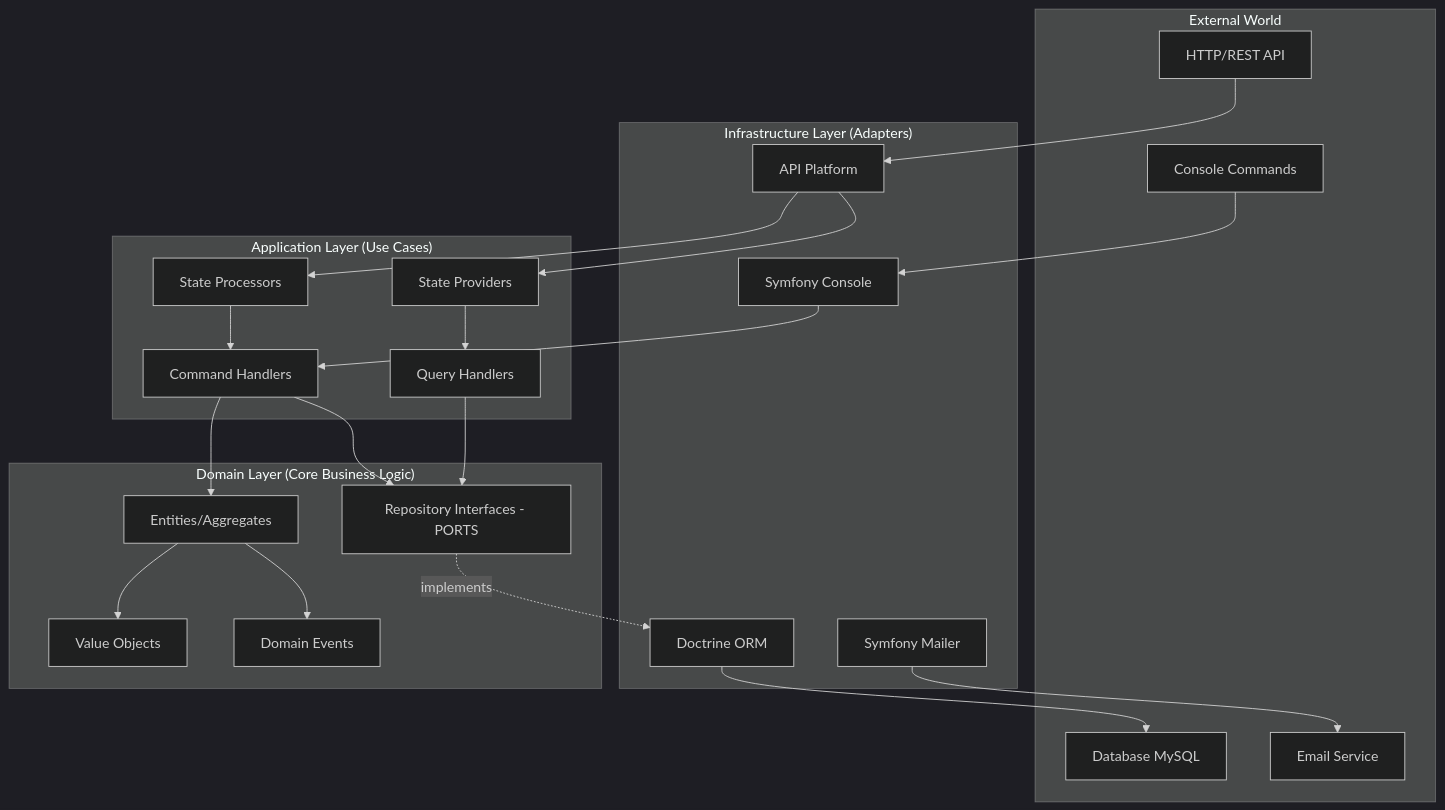
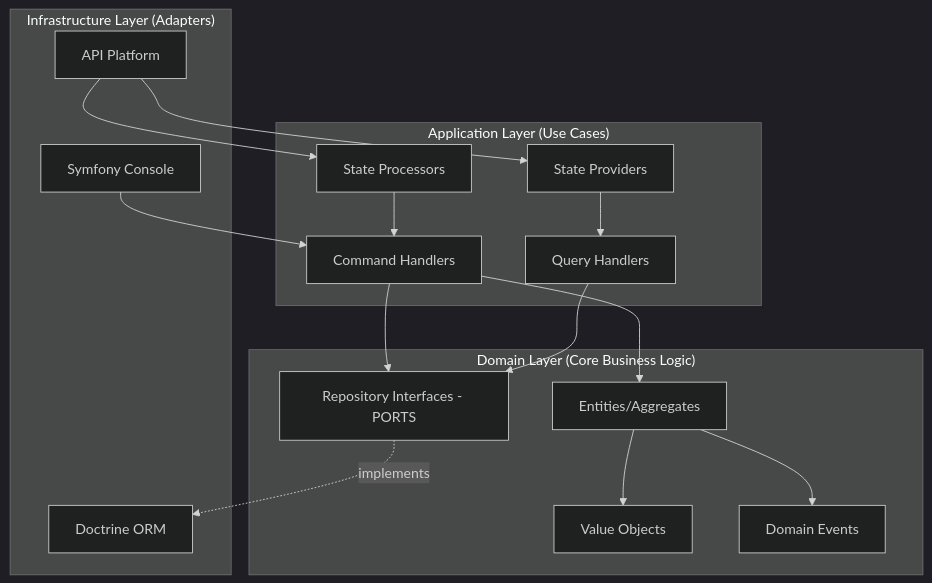
The first of 3 diagrams in docs/ARCHITECTURE.md (toxab/fn_method), drawn with Mermaid (dark theme) before and after one commit. The commit also changed other lines of this file and 15 other files, not shown here.

````diff
--- a/docs/ARCHITECTURE.md
+++ b/docs/ARCHITECTURE.md
@@ -40,51 +39,38 @@
 ```mermaid
 graph TB
-    subgraph "External World"
-        HTTP[HTTP/REST API]
-        DB[Database MySQL]
-        SMTP[Email Service]
-        CLI[Console Commands]
-    end
-
     subgraph "Infrastructure Layer (Adapters)"
         API[API Platform]
         DOCTRINE[Doctrine ORM]
-        MAILER[Symfony Mailer]
         CONSOLE[Symfony Console]
     end
 
     subgraph "Application Layer (Use Cases)"
         COMMANDS[Command Handlers]
         QUERIES[Query Handlers]
         PROCESSORS[State Processors]
         PROVIDERS[State Providers]
     end
 
     subgraph "Domain Layer (Core Business Logic)"
         ENTITIES[Entities/Aggregates]
         VOS[Value Objects]
         INTERFACES[Repository Interfaces - PORTS]
         EVENTS[Domain Events]
     end
 
-    HTTP --> API
     API --> PROCESSORS
     API --> PROVIDERS
-    CLI --> CONSOLE
     CONSOLE --> COMMANDS
 
     PROCESSORS --> COMMANDS
     PROVIDERS --> QUERIES
 
     COMMANDS --> ENTITIES
     COMMANDS --> INTERFACES
     QUERIES --> INTERFACES
 
     INTERFACES -.implements.-> DOCTRINE
-    DOCTRINE --> DB
 
     ENTITIES --> VOS
     ENTITIES --> EVENTS
-
-    MAILER --> SMTP
 ```
````
